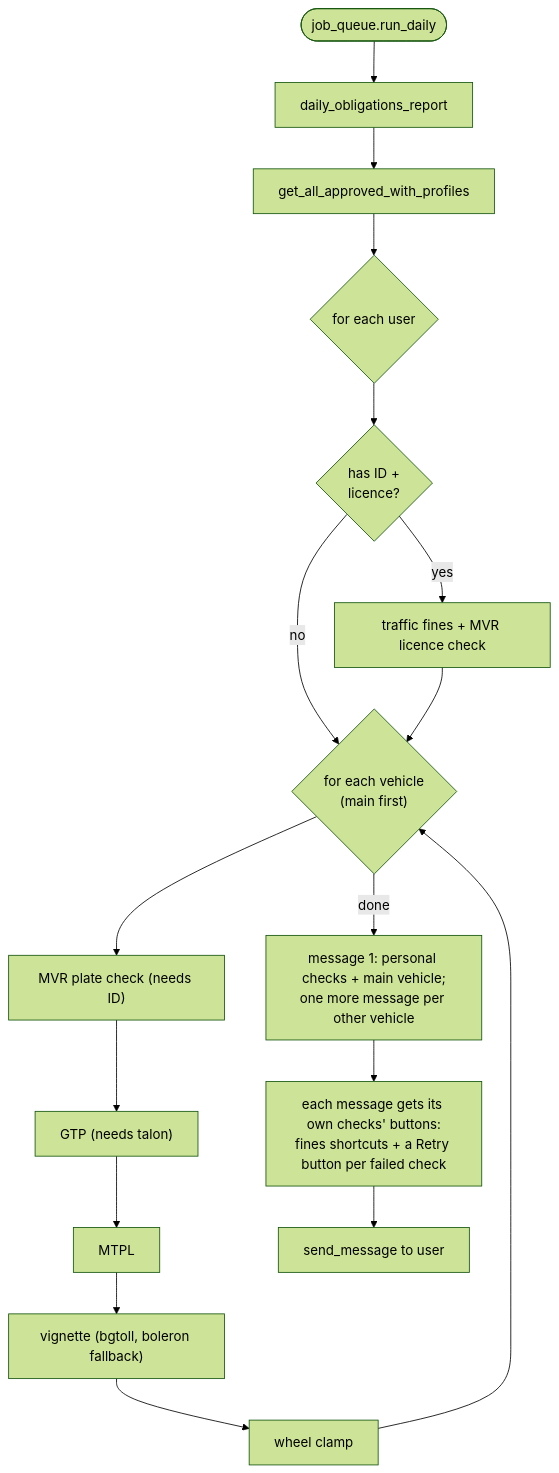
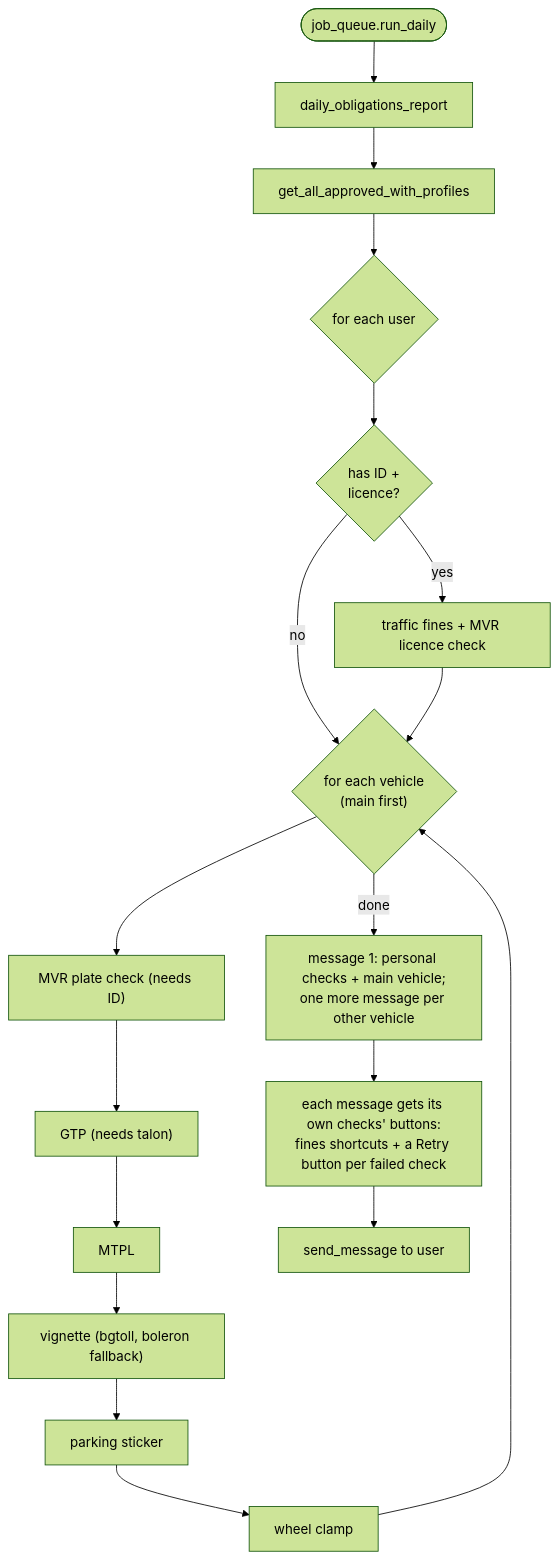
One commit to SecDevOpsPro/notify-telegram-bot changed the eighth of 9 diagrams in docs/plan.md. Above: the diagram before and after it, drawn with Mermaid (forest theme). The commit also changed other lines of this file and 8 other files, not shown here.

````diff
--- a/docs/plan.md
+++ b/docs/plan.md
@@ -257,19 +257,20 @@
 ```mermaid
 flowchart TD
     T(["job_queue.run_daily"]) --> J["daily_obligations_report"]
     J --> Q["get_all_approved_with_profiles"]
     Q --> U{"for each user"}
     U --> LIC{"has ID +<br/>licence?"}
     LIC -- yes --> F["traffic fines + MVR licence check"]
     LIC -- no --> V
     F --> V{"for each vehicle<br/>(main first)"}
     V --> P["MVR plate check (needs ID)"]
     P --> G["GTP (needs talon)"]
     G --> M["MTPL"]
     M --> VI["vignette (bgtoll, boleron fallback)"]
-    VI --> C["wheel clamp"]
+    VI --> ST["parking sticker"]
+    ST --> C["wheel clamp"]
     C --> V
     V -- done --> R["message 1: personal checks + main vehicle;<br/>one more message per other vehicle"]
     R --> K["each message gets its own checks' buttons:<br/>fines shortcuts + a Retry button per failed check"]
     K --> S["send_message to user"]
 ```
````
